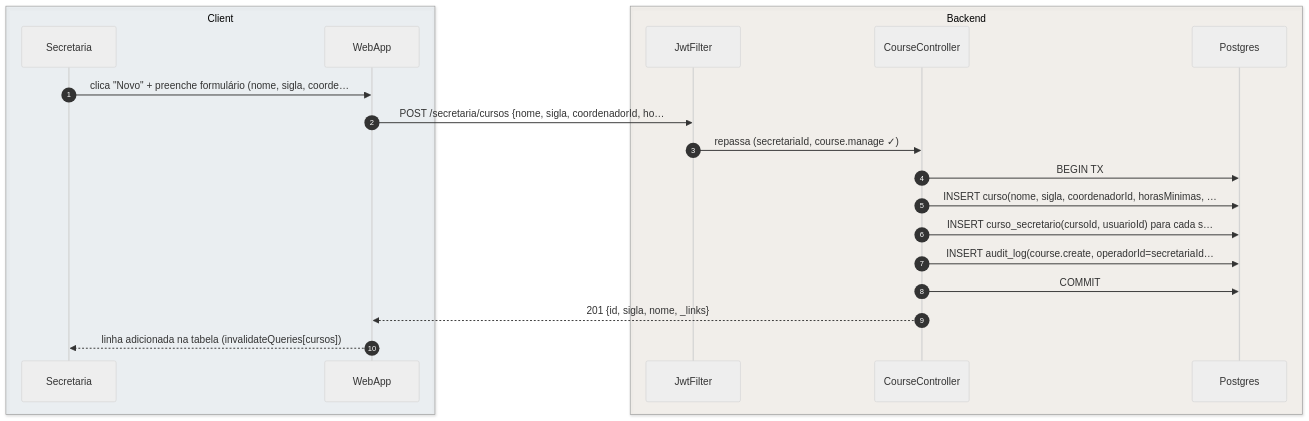
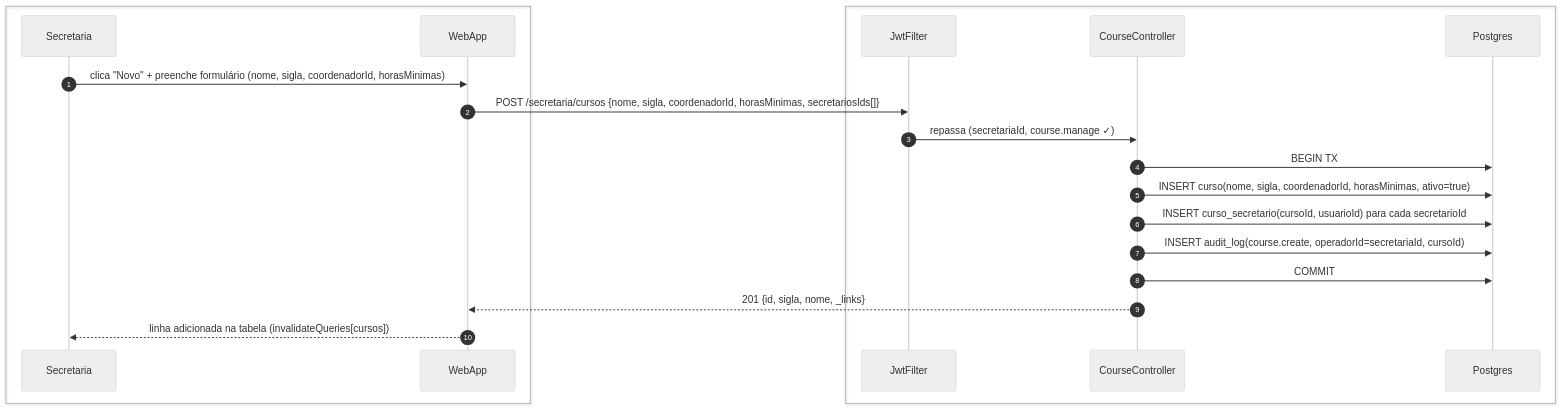
The first of 8 diagrams in foundationDocs/sequenceDiagrams/F5 — Secretaria/US-F5-004-DADOS-ACADEMICOS.md (umishell/secretariaOnline2), drawn with Mermaid (neutral theme) before and after one commit. The commit also changed other lines of this file and 70 other files, not shown here.

First line of the commit message:
Enhance database documentation and introduce new schema files

````diff
--- a/foundationDocs/sequenceDiagrams/F5 — Secretaria/US-F5-004-DADOS-ACADEMICOS.md
+++ b/foundationDocs/sequenceDiagrams/F5 — Secretaria/US-F5-004-DADOS-ACADEMICOS.md
@@ -70,24 +70,24 @@
 ```mermaid
 sequenceDiagram
     autonumber
-    box rgba(230,245,255,0.3) Client
+    box #e8f4fc Cliente
         participant Secretaria
         participant WebApp
     end
-    box rgba(255,245,230,0.3) Backend
+    box #fff8ee Servidor
         participant JwtFilter
         participant CourseController
         participant Postgres
     end
 
-    Secretaria->>WebApp: clica "Novo" + preenche formulário (nome, sigla, coorde…
-    WebApp->>JwtFilter: POST /secretaria/cursos {nome, sigla, coordenadorId, ho…
+    Secretaria->>WebApp: clica "Novo" + preenche formulário (nome, sigla, coordenadorId, horasMinimas)
+    WebApp->>JwtFilter: POST /secretaria/cursos {nome, sigla, coordenadorId, horasMinimas, secretariosIds[]}
     JwtFilter->>CourseController: repassa (secretariaId, course.manage ✓)
     CourseController->>Postgres: BEGIN TX
-    CourseController->>Postgres: INSERT curso(nome, sigla, coordenadorId, horasMinimas, …
-    CourseController->>Postgres: INSERT curso_secretario(cursoId, usuarioId) para cada s…
-    CourseController->>Postgres: INSERT audit_log(course.create, operadorId=secretariaId…
+    CourseController->>Postgres: INSERT curso(nome, sigla, coordenadorId, horasMinimas, ativo=true)
+    CourseController->>Postgres: INSERT curso_secretario(cursoId, usuarioId) para cada secretarioId
+    CourseController->>Postgres: INSERT audit_log(course.create, operadorId=secretariaId, cursoId)
     CourseController->>Postgres: COMMIT
     CourseController-->>WebApp: 201 {id, sigla, nome, _links}
     WebApp-->>Secretaria: linha adicionada na tabela (invalidateQueries[cursos])
 ```
````
